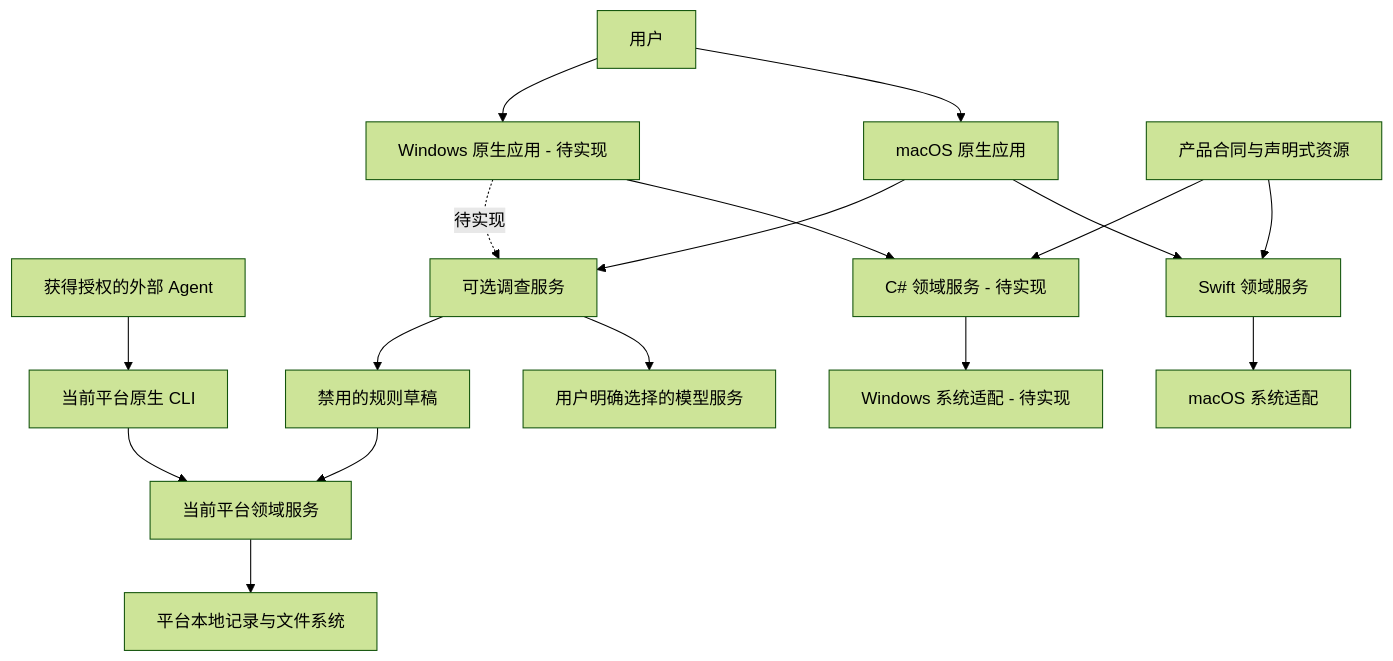
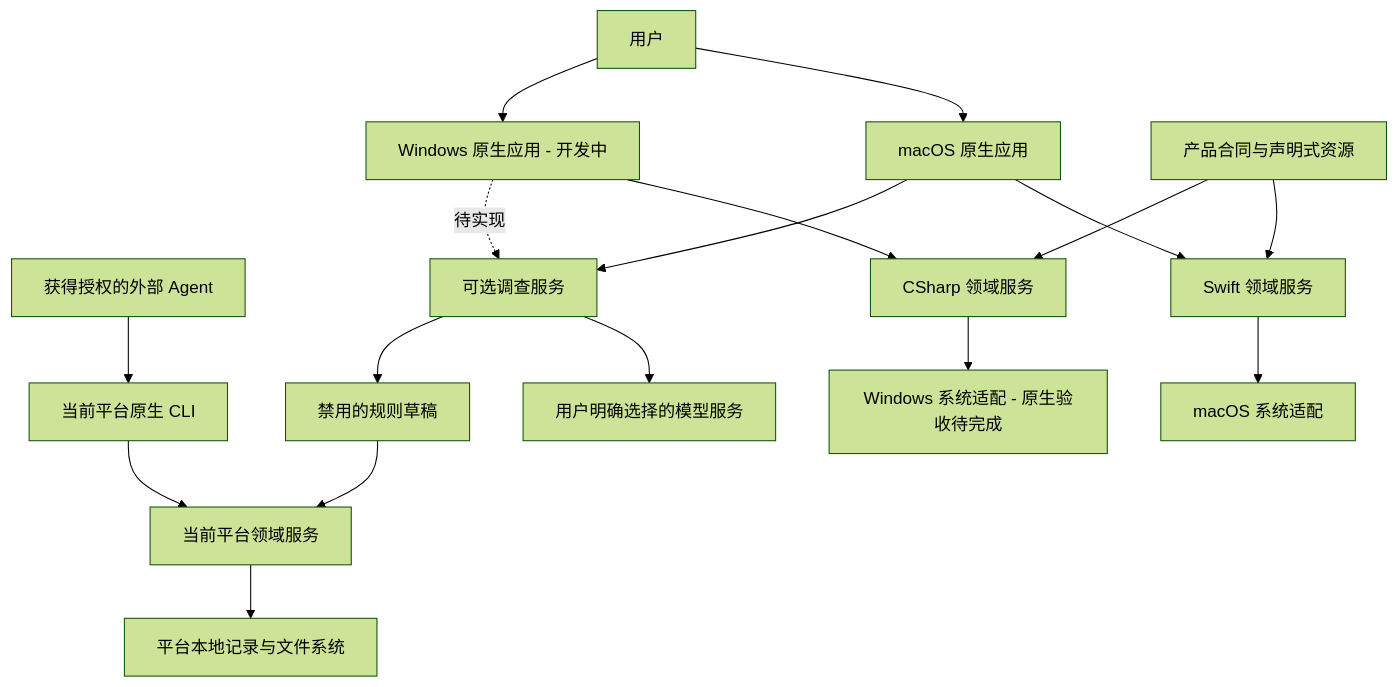
The first of 4 diagrams in docs/zh-CN/architecture/system-design.md (limecloud/shou), drawn with Mermaid (forest theme) before and after one commit. The commit also changed other lines of this file and 297 other files, not shown here.

Commit message:
Release v0.12.0 native architecture and platform npm distribution

````diff
--- a/docs/zh-CN/architecture/system-design.md
+++ b/docs/zh-CN/architecture/system-design.md
@@ -9,19 +9,19 @@
 ```mermaid
 flowchart TB
     User[用户] --> Mac[macOS 原生应用]
-    User --> Win[Windows 原生应用 - 待实现]
+    User --> Win[Windows 原生应用 - 开发中]
     Agent[获得授权的外部 Agent] --> CLI[当前平台原生 CLI]
     Mac --> Swift[Swift 领域服务]
-    Win --> CS[C# 领域服务 - 待实现]
+    Win --> CS[CSharp 领域服务]
     CLI --> Services[当前平台领域服务]
     Swift --> MacOS[macOS 系统适配]
-    CS --> Windows[Windows 系统适配 - 待实现]
+    CS --> Windows[Windows 系统适配 - 原生验收待完成]
     Shared[产品合同与声明式资源] --> Swift
     Shared --> CS
     Services --> Local[平台本地记录与文件系统]
     Mac --> AI[可选调查服务]
     Win -.待实现.-> AI
     AI --> Provider[用户明确选择的模型服务]
     AI --> Draft[禁用的规则草稿]
     Draft --> Services
 ```
````
